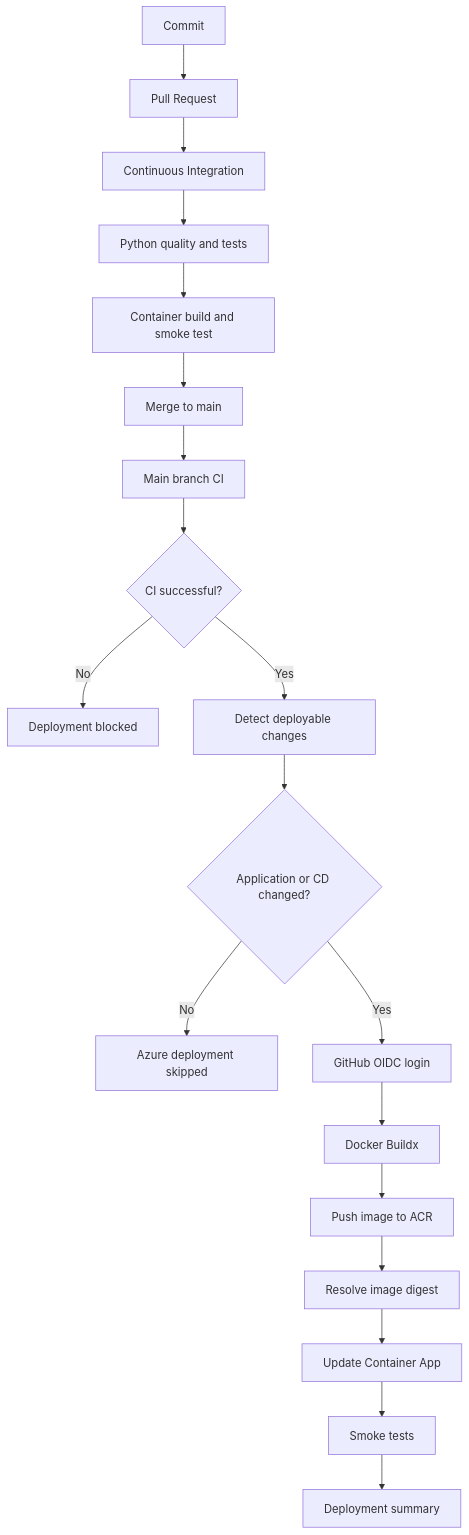
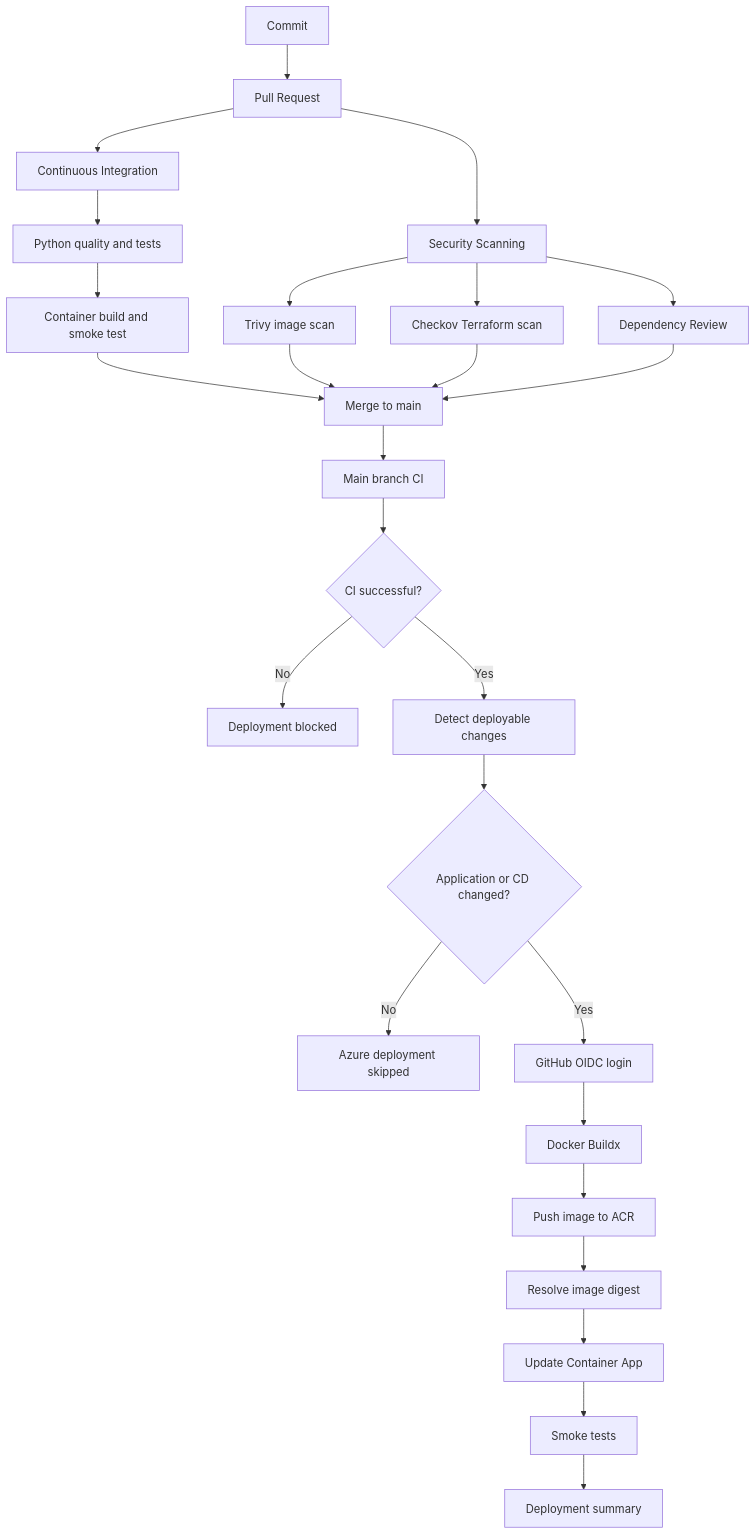
Before and after one commit to Morgein/azure-enterprise-platform-lab: the third of 3 diagrams in README.md, drawn with Mermaid. The commit also changed other lines of this file and 10 other files, not shown here.

First line of the commit message:
feat(security): add container and Terraform scanning (#23)

````diff
--- a/README.md
+++ b/README.md
@@ -307,26 +334,35 @@
 ```mermaid
 flowchart TD
     Commit["Commit"] --> PR["Pull Request"]
     PR --> CI["Continuous Integration"]
+    PR --> Security["Security Scanning"]
 
     CI --> Python["Python quality and tests"]
     Python --> Container["Container build and smoke test"]
+
+    Security --> Trivy["Trivy image scan"]
+    Security --> Checkov["Checkov Terraform scan"]
+    Security --> Dependencies["Dependency Review"]
+
     Container --> Merge["Merge to main"]
+    Trivy --> Merge
+    Checkov --> Merge
+    Dependencies --> Merge
 
     Merge --> MainCI["Main branch CI"]
     MainCI --> Gate{"CI successful?"}
 
     Gate -->|No| Block["Deployment blocked"]
     Gate -->|Yes| Detect["Detect deployable changes"]
 
     Detect --> Change{"Application or CD changed?"}
     Change -->|No| Skip["Azure deployment skipped"]
     Change -->|Yes| OIDC["GitHub OIDC login"]
 
     OIDC --> Build["Docker Buildx"]
     Build --> ACR["Push image to ACR"]
     ACR --> Digest["Resolve image digest"]
     Digest --> Deploy["Update Container App"]
     Deploy --> Smoke["Smoke tests"]
     Smoke --> Summary["Deployment summary"]
 ```
````
